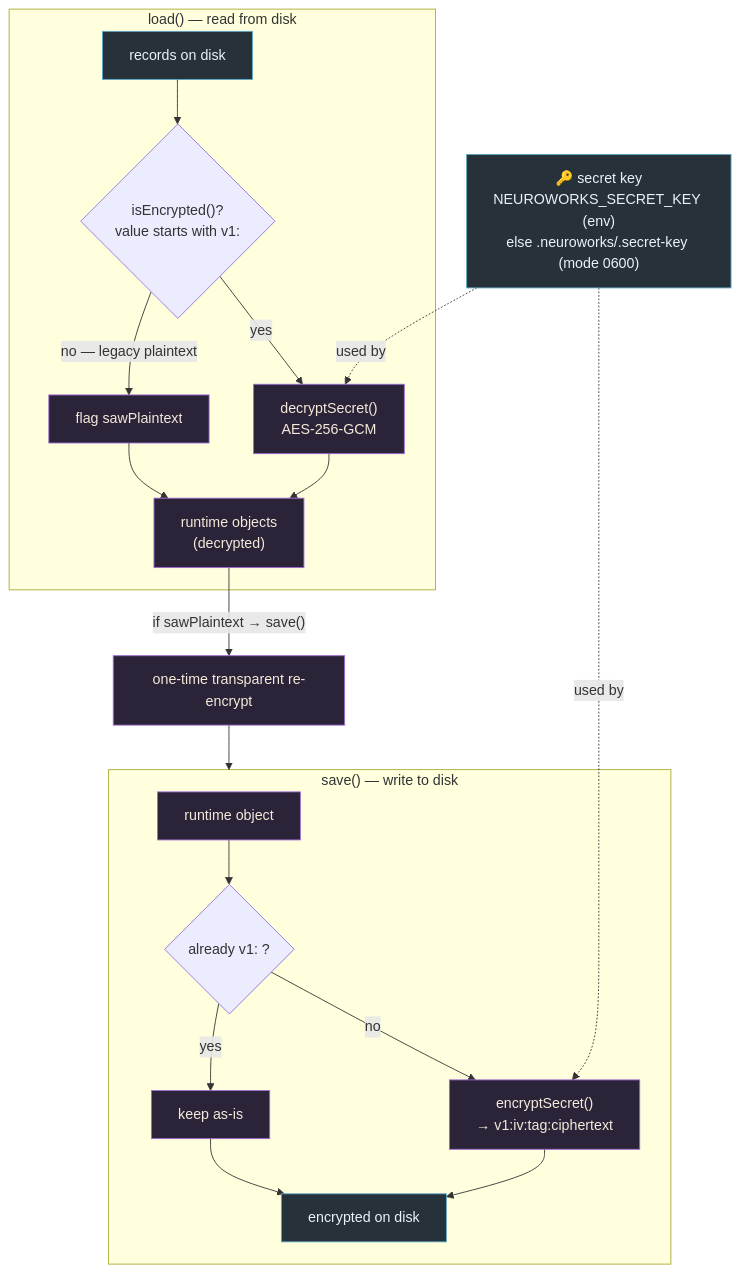
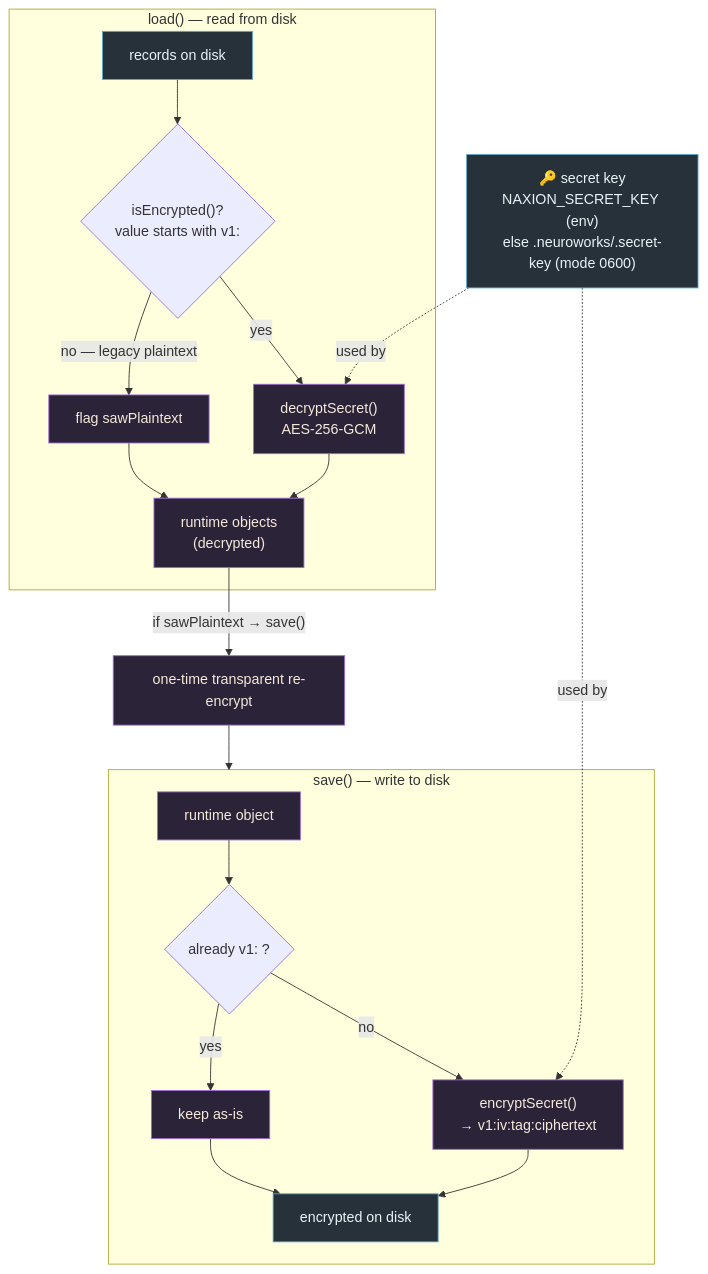
Before and after one commit to NatureAiia/Naxie: the first of 4 diagrams in naxionai/docs/DATA-MIGRATION.md, drawn with Mermaid. The commit also changed other lines of this file and 107 other files, not shown here.

````diff
--- a/naxionai/docs/DATA-MIGRATION.md
+++ b/naxionai/docs/DATA-MIGRATION.md
@@ -11,29 +11,29 @@
 ```mermaid
 flowchart TB
   classDef store fill:#26313a,stroke:#5fa8c7,color:#e9f3f7;
   classDef proc fill:#2b2438,stroke:#a06bd6,color:#f4e9da;
 
-  KEY["🔑 secret key<br/>NEUROWORKS_SECRET_KEY (env)<br/>else .neuroworks/.secret-key (mode 0600)"]:::store
+  KEY["🔑 secret key<br/>NAXION_SECRET_KEY (env)<br/>else .neuroworks/.secret-key (mode 0600)"]:::store
 
   subgraph LOAD["load() — read from disk"]
     F["records on disk"]:::store --> CHK{"isEncrypted()?<br/>value starts with v1:"}
     CHK -->|yes| DEC["decryptSecret()<br/>AES-256-GCM"]:::proc
     CHK -->|"no — legacy plaintext"| MARK["flag sawPlaintext"]:::proc
     DEC --> RT["runtime objects<br/>(decrypted)"]:::proc
     MARK --> RT
   end
 
   RT -->|"if sawPlaintext → save()"| MIG["one-time transparent re-encrypt"]:::proc
 
   subgraph SAVE["save() — write to disk"]
     OBJ["runtime object"]:::proc --> Q{"already v1: ?"}
     Q -->|no| ENC["encryptSecret()<br/>→ v1:iv:tag:ciphertext"]:::proc
     Q -->|yes| KEEP["keep as-is"]:::proc
     ENC --> DISK["encrypted on disk"]:::store
     KEEP --> DISK
   end
 
   MIG --> SAVE
   KEY -. used by .-> DEC
   KEY -. used by .-> ENC
 ```
````
